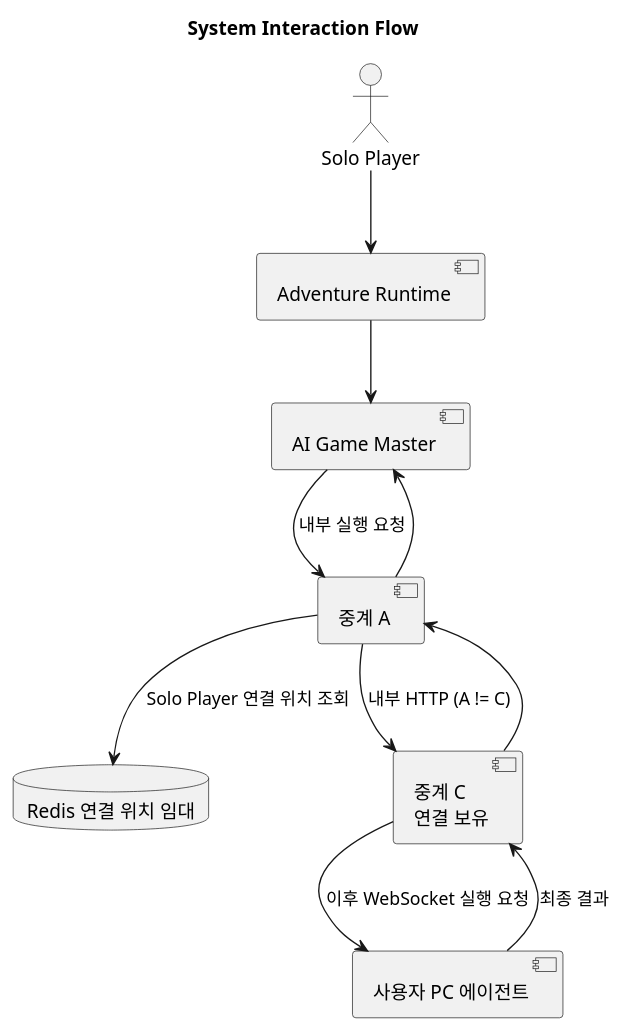
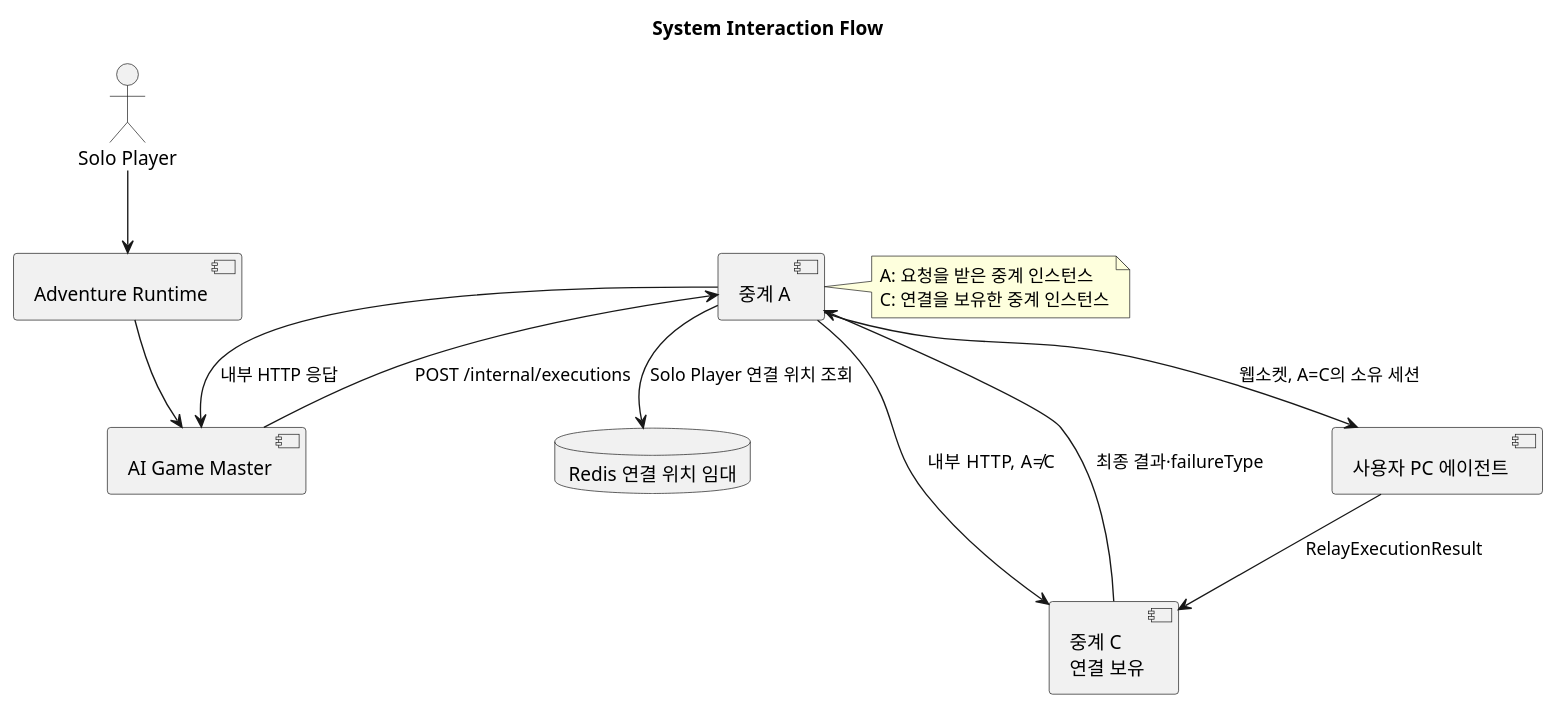
Before and after one commit to omegafrog/dnd-master: the sixth of 8 diagrams in docs/specs/remote-codex-agent-port/architecture-spec.md, drawn with PlantUML. The commit also changed other lines of this file, not shown here.

Commit message:
docs(remote-agent): clarify relay interaction paths

````diff
--- a/docs/specs/remote-codex-agent-port/architecture-spec.md
+++ b/docs/specs/remote-codex-agent-port/architecture-spec.md
@@ -439,21 +452,25 @@
 ```plantuml
 @startuml
 title System Interaction Flow
 actor "Solo Player" as player
 component "Adventure Runtime" as adventure
 component "AI Game Master" as gm
 component "중계 A" as a
 database "Redis 연결 위치 임대" as redis
 component "중계 C\n연결 보유" as c
 component "사용자 PC 에이전트" as agent
 player --> adventure
 adventure --> gm
-gm --> a : 내부 실행 요청
+gm --> a : POST /internal/executions
 a --> redis : Solo Player 연결 위치 조회
-a --> c : 내부 HTTP (A != C)
-c --> agent : 이후 WebSocket 실행 요청
-agent --> c : 최종 결과
-c --> a
-a --> gm
+a --> c : 내부 HTTP, A≠C
+a --> agent : 웹소켓, A=C의 소유 세션
+agent --> c : RelayExecutionResult
+c --> a : 최종 결과·failureType
+a --> gm : 내부 HTTP 응답
+note right of a
+A: 요청을 받은 중계 인스턴스
+C: 연결을 보유한 중계 인스턴스
+end note
 @enduml
 ```
````
